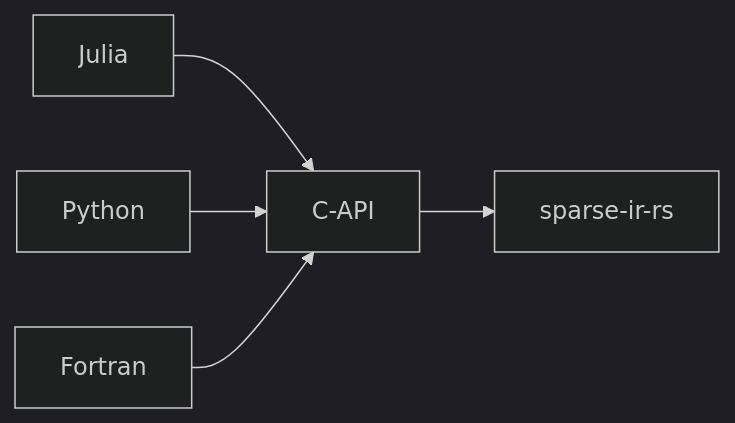
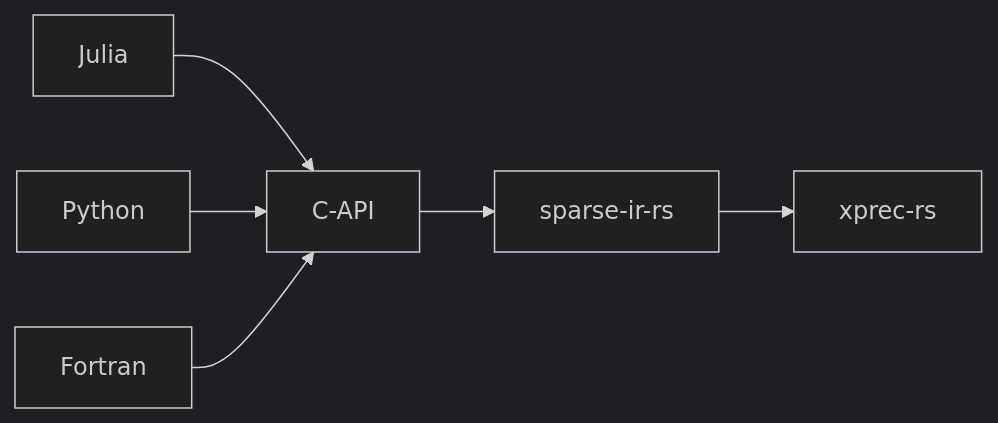
The first of 4 diagrams in slides/slide-ja.qmd (AtelierArith/CompPhysHack2026HandsOn), drawn with Mermaid (dark theme) before and after one commit. The commit also changed 1 other file, not shown here.

Commit message:
Add xprec in a diagram

````diff
--- a/slides/slide-ja.qmd
+++ b/slides/slide-ja.qmd
@@ -50,14 +50,16 @@
 ```{mermaid}
 flowchart LR
   Julia[Julia]
   Python[Python]
   Fortran[Fortran]
 
   CAPI[C-API]
   Sparseir[sparse-ir-rs]
+  Xprec[xprec-rs]
 
   Julia --> CAPI
   Python --> CAPI
   Fortran --> CAPI
   CAPI --> Sparseir
+  Sparseir --> Xprec
 ```
````
